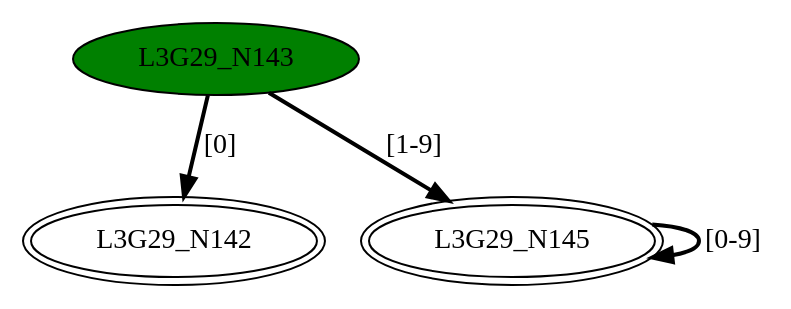
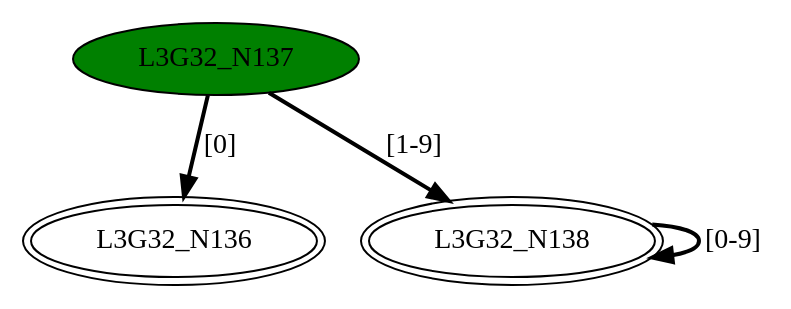
The diagram in DFASimulator/Testbench/minimizedDFA3.dot (GDimitroulakos/EDUFLEX), drawn with Graphviz before and after one commit. The commit also changed 13 other files, not shown here.

```diff
--- a/DFASimulator/Testbench/minimizedDFA3.dot
+++ b/DFASimulator/Testbench/minimizedDFA3.dot
@@ -1,8 +1,8 @@
-digraph G29{
-"L3G29_N142" [peripheries=2];
-"L3G29_N143" [style=filled,fillcolor=green];
-"L3G29_N145" [peripheries=2];
-"L3G29_N143"->"L3G29_N142" [style = bold, label = "[0]"];
-"L3G29_N143"->"L3G29_N145" [style = bold, label = "[1-9]"];
-"L3G29_N145"->"L3G29_N145" [style = bold, label = "[0-9]"];
+digraph G32{
+"L3G32_N136" [peripheries=2];
+"L3G32_N137" [style=filled,fillcolor=green];
+"L3G32_N138" [peripheries=2];
+"L3G32_N137"->"L3G32_N136" [style = bold, label = "[0]"];
+"L3G32_N137"->"L3G32_N138" [style = bold, label = "[1-9]"];
+"L3G32_N138"->"L3G32_N138" [style = bold, label = "[0-9]"];
 }
```
